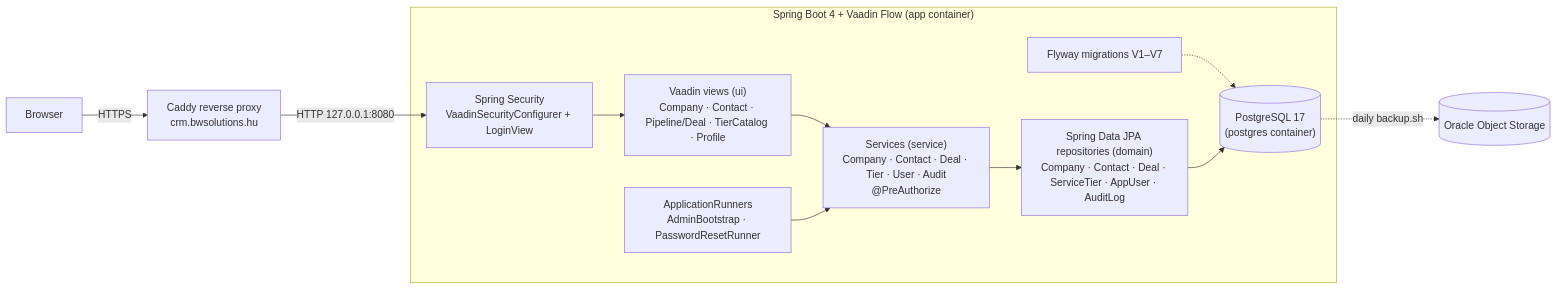
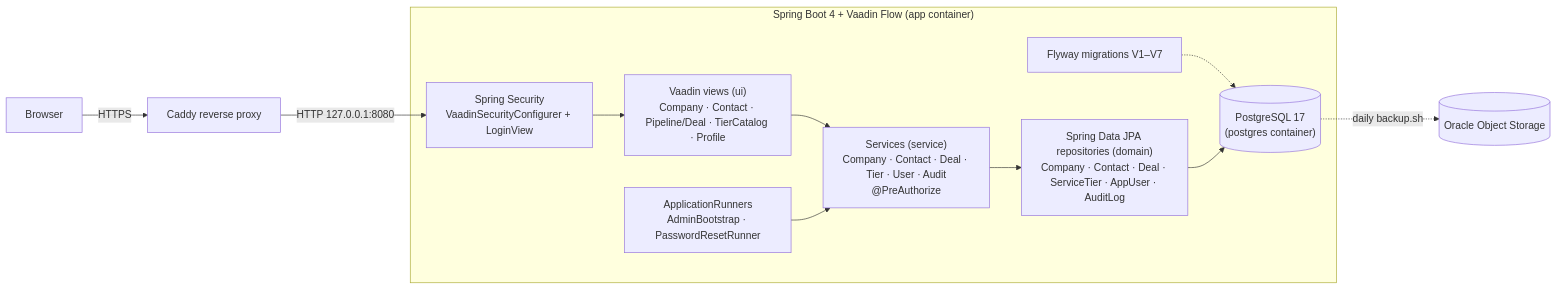
Before and after one commit to sanymany12/bwcrm-showcase: the first of 2 diagrams in README.md, drawn with Mermaid. The commit also changed other lines of this file, not shown here.

````diff
--- a/README.md
+++ b/README.md
@@ -75,17 +75,17 @@
 ```mermaid
 flowchart LR
-    Browser[Browser] -->|HTTPS| Caddy[Caddy reverse proxy<br/>crm.bwsolutions.hu]
+    Browser[Browser] -->|HTTPS| Caddy[Caddy reverse proxy]
     Caddy -->|HTTP 127.0.0.1:8080| Security
 
     subgraph App["Spring Boot 4 + Vaadin Flow (app container)"]
         Security["Spring Security<br/>VaadinSecurityConfigurer + LoginView"] --> Views
         Views["Vaadin views (ui)<br/>Company · Contact · Pipeline/Deal · TierCatalog · Profile"]
         Views --> Services["Services (service)<br/>Company · Contact · Deal · Tier · User · Audit<br/>@PreAuthorize"]
         Services --> Repos["Spring Data JPA repositories (domain)<br/>Company · Contact · Deal · ServiceTier · AppUser · AuditLog"]
         Runners["ApplicationRunners<br/>AdminBootstrap · PasswordResetRunner"] --> Services
         Flyway[Flyway migrations V1–V7] -.-> DB
     end
 
     Repos --> DB[("PostgreSQL 17<br/>(postgres container)")]
     DB -.->|daily backup.sh| OOS[(Oracle Object Storage)]
 ```
````
